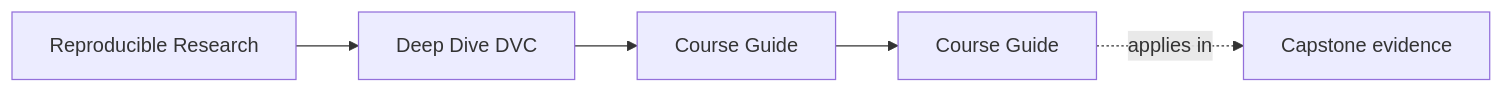
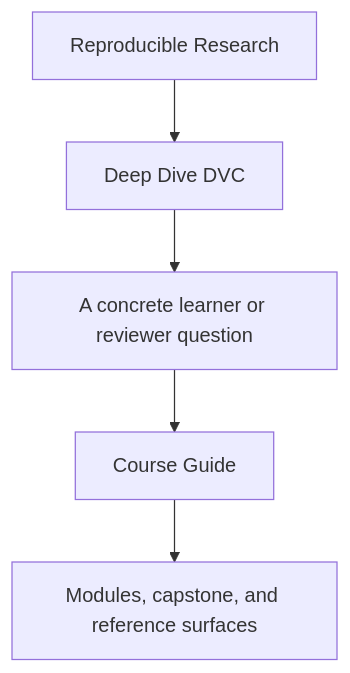
One commit to bijux/bijux-masterclass changed the first of 2 diagrams in programs/reproducible-research/deep-dive-dvc/course-book/guides/course-guide.md. Above: the diagram before and after it, drawn with Mermaid. The commit also changed other lines of this file and 31 other files, not shown here.

Commit message:
docs(deep-dive-dvc): sharpen guide and reference diagrams

````diff
--- a/programs/reproducible-research/deep-dive-dvc/course-book/guides/course-guide.md
+++ b/programs/reproducible-research/deep-dive-dvc/course-book/guides/course-guide.md
@@ -9,11 +9,7 @@
 ```mermaid
-graph LR
-  family["Reproducible Research"]
-  program["Deep Dive DVC"]
-  section["Course Guide"]
-  page["Course Guide"]
-  capstone["Capstone evidence"]
-
-  family --> program --> section --> page
-  page -.applies in.-> capstone
+flowchart TD
+  family["Reproducible Research"] --> program["Deep Dive DVC"]
+  program --> pressure["A concrete learner or reviewer question"]
+  pressure --> guide["Course Guide"]
+  guide --> next["Modules, capstone, and reference surfaces"]
 ```
````
